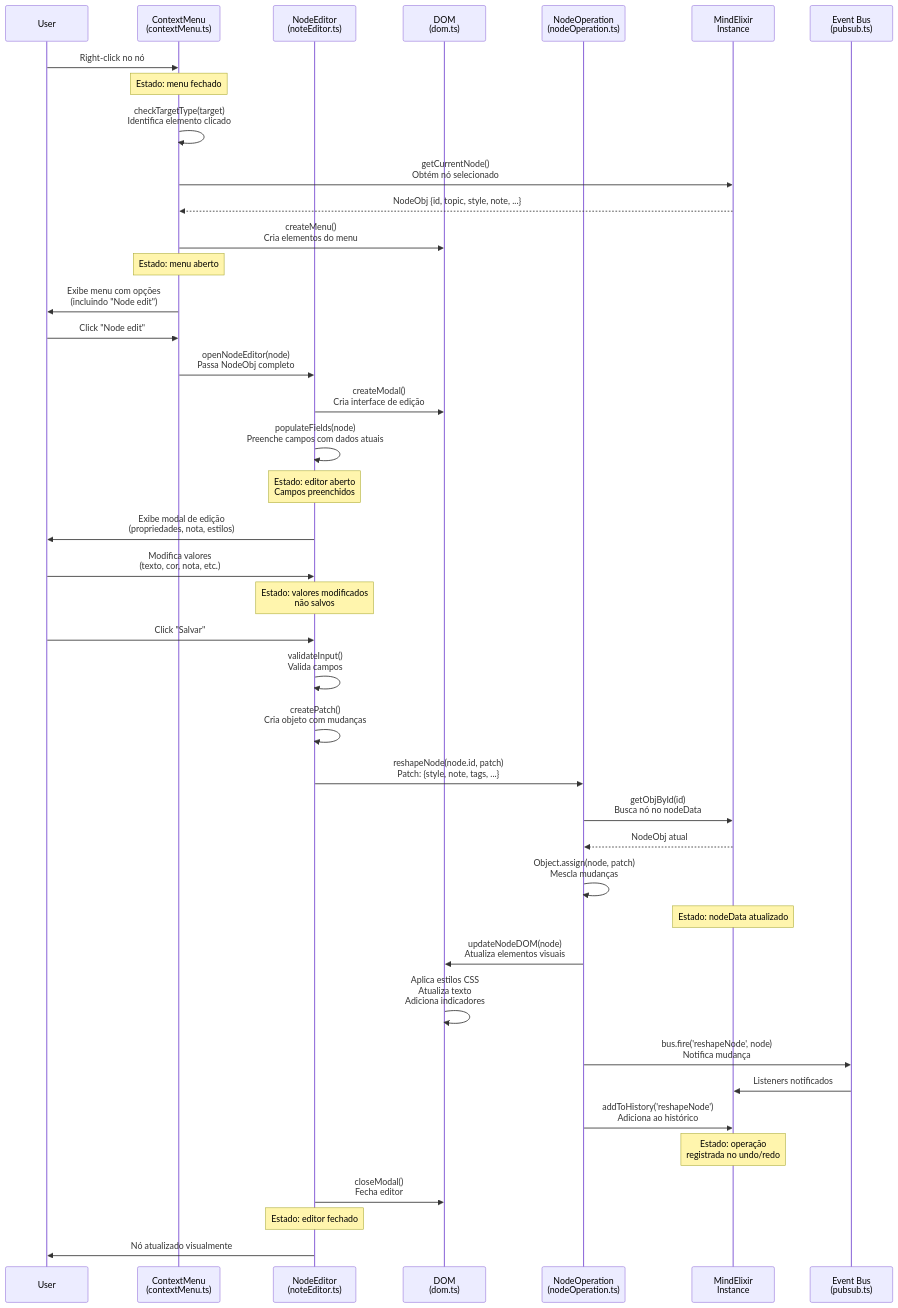
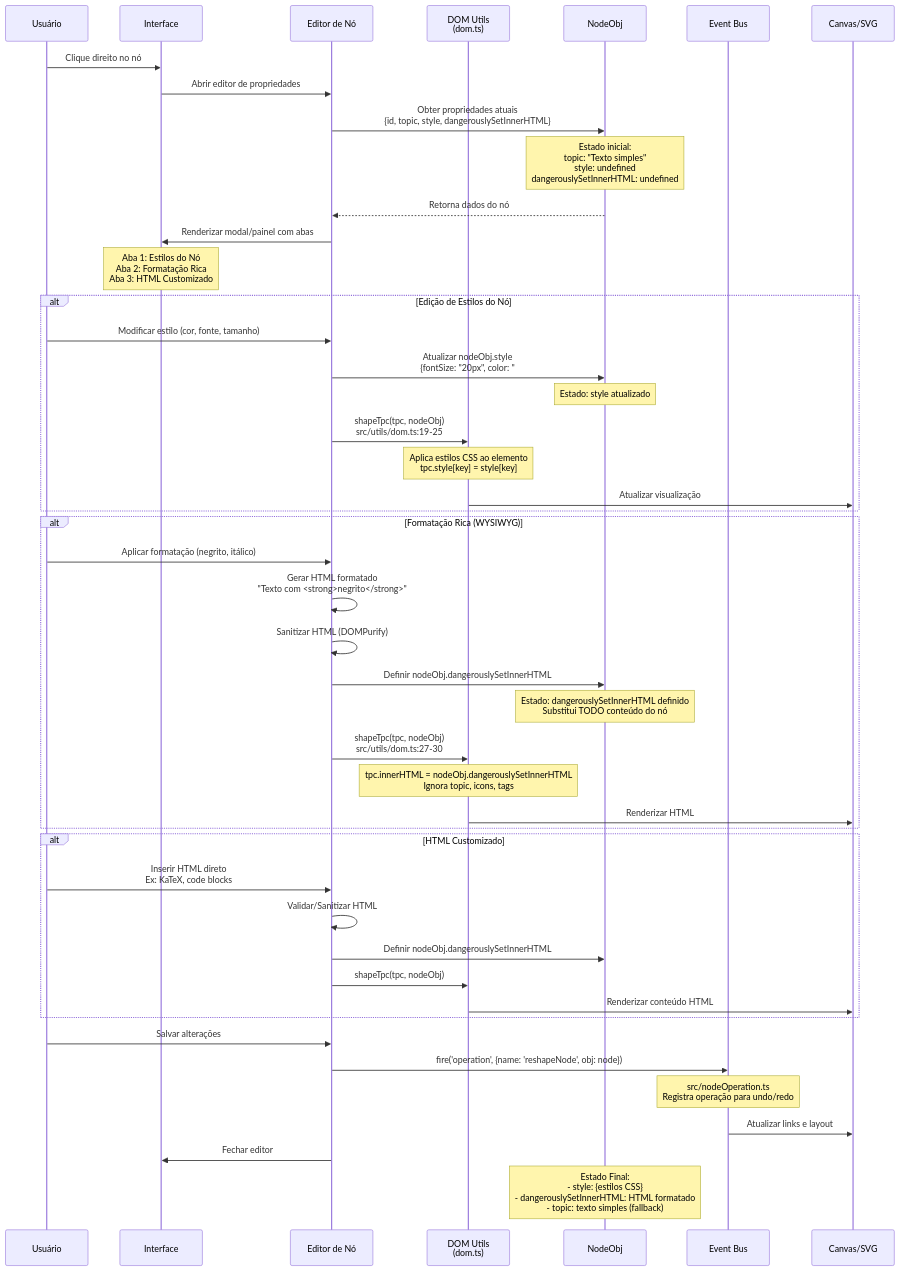
One commit to alexalxs/mind-elixir-core changed the diagram in docs/NodeEditor_Seq.md. Above: the diagram before and after it, drawn with Mermaid. The commit also changed other lines of this file and 9 other files, not shown here.

````diff
--- a/docs/NodeEditor_Seq.md
+++ b/docs/NodeEditor_Seq.md
@@ -5,60 +5,55 @@
 ```mermaid
 sequenceDiagram
-    participant User
-    participant ContextMenu as ContextMenu<br/>(contextMenu.ts)
-    participant NodeEditor as NodeEditor<br/>(noteEditor.ts)
-    participant DOM as DOM<br/>(dom.ts)
-    participant NodeOp as NodeOperation<br/>(nodeOperation.ts)
-    participant Instance as MindElixir<br/>Instance
-    participant EventBus as Event Bus<br/>(pubsub.ts)
+    participant User as Usuário
+    participant UI as Interface
+    participant NodeEditor as Editor de Nó
+    participant DOM as DOM Utils<br/>(dom.ts)
+    participant Node as NodeObj
+    participant Bus as Event Bus
+    participant Canvas as Canvas/SVG
 
-    User->>ContextMenu: Right-click no nó
-    Note over ContextMenu: Estado: menu fechado
+    User->>UI: Clique direito no nó
+    UI->>NodeEditor: Abrir editor de propriedades
+    NodeEditor->>Node: Obter propriedades atuais<br/>{id, topic, style, dangerouslySetInnerHTML}
+    Note over Node: Estado inicial:<br/>topic: "Texto simples"<br/>style: undefined<br/>dangerouslySetInnerHTML: undefined
+    Node-->>NodeEditor: Retorna dados do nó
     
-    ContextMenu->>ContextMenu: checkTargetType(target)<br/>Identifica elemento clicado
-    ContextMenu->>Instance: getCurrentNode()<br/>Obtém nó selecionado
-    Instance-->>ContextMenu: NodeObj {id, topic, style, note, ...}
+    NodeEditor->>UI: Renderizar modal/painel com abas
+    Note over UI: Aba 1: Estilos do Nó<br/>Aba 2: Formatação Rica<br/>Aba 3: HTML Customizado
     
-    ContextMenu->>DOM: createMenu()<br/>Cria elementos do menu
-    Note over ContextMenu: Estado: menu aberto
+    alt Edição de Estilos do Nó
+        User->>NodeEditor: Modificar estilo (cor, fonte, tamanho)
+        NodeEditor->>Node: Atualizar nodeObj.style<br/>{fontSize: "20px", color: "#333", fontWeight: "bold"}
+        Note over Node: Estado: style atualizado
+        NodeEditor->>DOM: shapeTpc(tpc, nodeObj)<br/>src/utils/dom.ts:19-25
+        Note over DOM: Aplica estilos CSS ao elemento<br/>tpc.style[key] = style[key]
+        DOM->>Canvas: Atualizar visualização
+    end
     
-    ContextMenu->>User: Exibe menu com opções<br/>(incluindo "Node edit")
+    alt Formatação Rica (WYSIWYG)
+        User->>NodeEditor: Aplicar formatação (negrito, itálico)
+        NodeEditor->>NodeEditor: Gerar HTML formatado<br/>"Texto com <strong>negrito</strong>"
+        NodeEditor->>NodeEditor: Sanitizar HTML (DOMPurify)
+        NodeEditor->>Node: Definir nodeObj.dangerouslySetInnerHTML
+        Note over Node: Estado: dangerouslySetInnerHTML definido<br/>Substitui TODO conteúdo do nó
+        NodeEditor->>DOM: shapeTpc(tpc, nodeObj)<br/>src/utils/dom.ts:27-30
+        Note over DOM: tpc.innerHTML = nodeObj.dangerouslySetInnerHTML<br/>Ignora topic, icons, tags
+        DOM->>Canvas: Renderizar HTML
+    end
     
-    User->>ContextMenu: Click "Node edit"
-    ContextMenu->>NodeEditor: openNodeEditor(node)<br/>Passa NodeObj completo
+    alt HTML Customizado
+        User->>NodeEditor: Inserir HTML direto<br/>Ex: KaTeX, code blocks
+        NodeEditor->>NodeEditor: Validar/Sanitizar HTML
+        NodeEditor->>Node: Definir nodeObj.dangerouslySetInnerHTML
+        NodeEditor->>DOM: shapeTpc(tpc, nodeObj)
+        DOM->>Canvas: Renderizar conteúdo HTML
+    end
     
-    NodeEditor->>DOM: createModal()<br/>Cria interface de edição
-    NodeEditor->>NodeEditor: populateFields(node)<br/>Preenche campos com dados atuais
-    Note over NodeEditor: Estado: editor aberto<br/>Campos preenchidos
+    User->>NodeEditor: Salvar alterações
+    NodeEditor->>Bus: fire('operation', {name: 'reshapeNode', obj: node})
+    Note over Bus: src/nodeOperation.ts<br/>Registra operação para undo/redo
+    Bus->>Canvas: Atualizar links e layout
+    NodeEditor->>UI: Fechar editor
     
-    NodeEditor->>User: Exibe modal de edição<br/>(propriedades, nota, estilos)
-    
-    User->>NodeEditor: Modifica valores<br/>(texto, cor, nota, etc.)
-    Note over NodeEditor: Estado: valores modificados<br/>não salvos
-    
-    User->>NodeEditor: Click "Salvar"
-    NodeEditor->>NodeEditor: validateInput()<br/>Valida campos
-    NodeEditor->>NodeEditor: createPatch()<br/>Cria objeto com mudanças
-    
-    NodeEditor->>NodeOp: reshapeNode(node.id, patch)<br/>Patch: {style, note, tags, ...}
-    
-    NodeOp->>Instance: getObjById(id)<br/>Busca nó no nodeData
-    Instance-->>NodeOp: NodeObj atual
-    
-    NodeOp->>NodeOp: Object.assign(node, patch)<br/>Mescla mudanças
-    Note over Instance: Estado: nodeData atualizado
-    
-    NodeOp->>DOM: updateNodeDOM(node)<br/>Atualiza elementos visuais
-    DOM->>DOM: Aplica estilos CSS<br/>Atualiza texto<br/>Adiciona indicadores
-    
-    NodeOp->>EventBus: bus.fire('reshapeNode', node)<br/>Notifica mudança
-    EventBus->>Instance: Listeners notificados
-    
-    NodeOp->>Instance: addToHistory('reshapeNode')<br/>Adiciona ao histórico
-    Note over Instance: Estado: operação<br/>registrada no undo/redo
-    
-    NodeEditor->>DOM: closeModal()<br/>Fecha editor
-    Note over NodeEditor: Estado: editor fechado
-    
-    NodeEditor->>User: Nó atualizado visualmente
+    Note over Node: Estado Final:<br/>- style: {estilos CSS}<br/>- dangerouslySetInnerHTML: HTML formatado<br/>- topic: texto simples (fallback)
 ```
````
